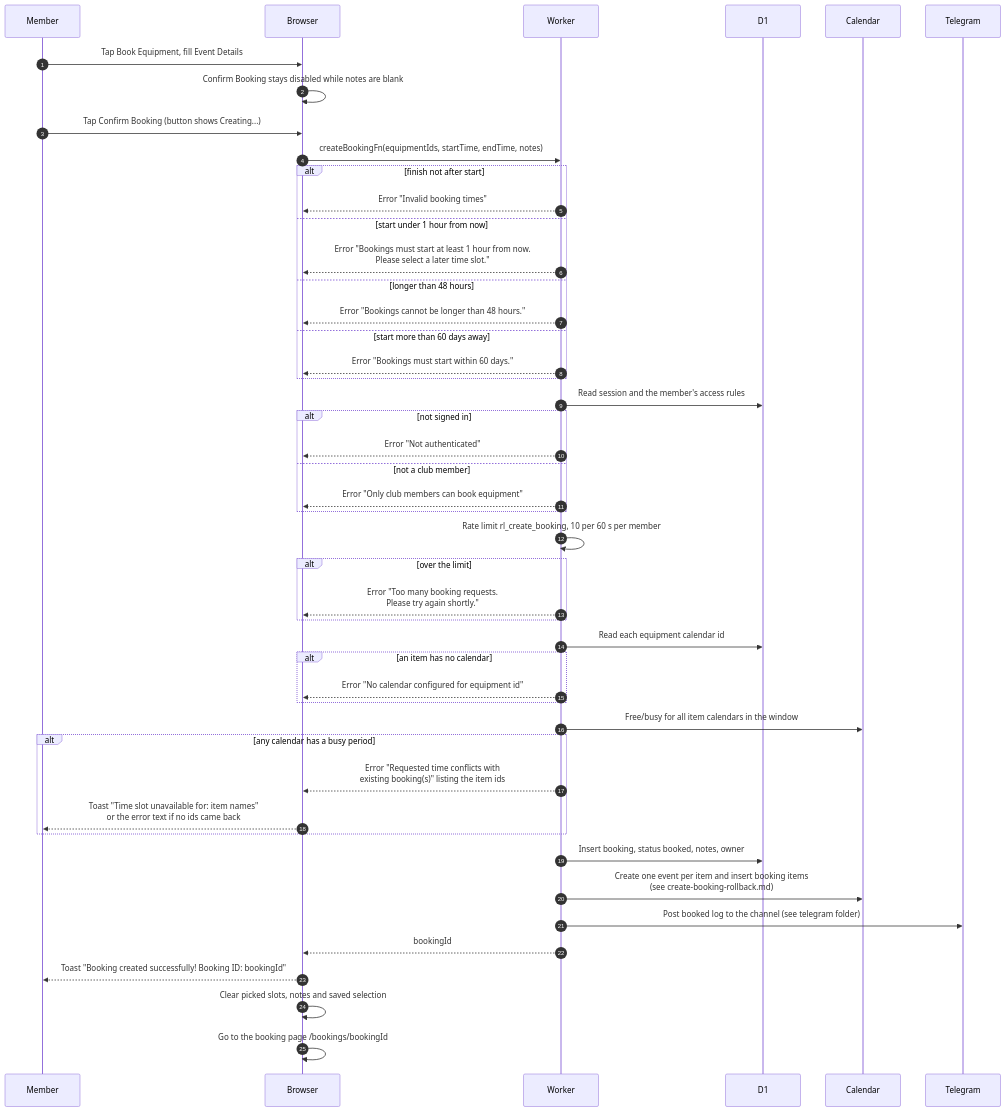
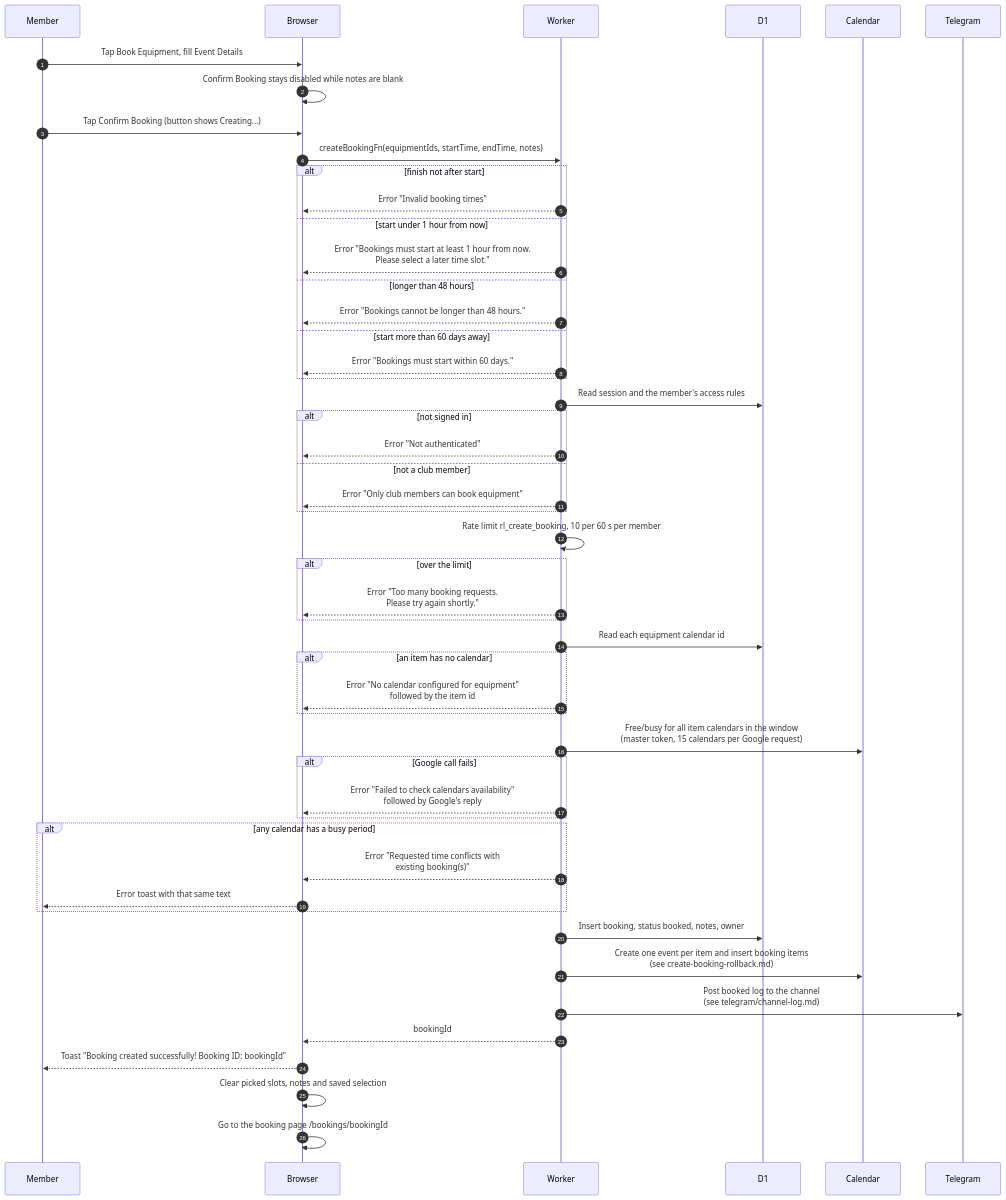
The diagram in docs/scenarios/bookings/create-booking.md (sagyzdop/meriksirat), drawn with Mermaid before and after one commit. The commit also changed other lines of this file and 17 other files, not shown here.

Commit message:
docs(scenarios): verify bookings diagrams against the code

````diff
--- a/docs/scenarios/bookings/create-booking.md
+++ b/docs/scenarios/bookings/create-booking.md
@@ -31,49 +37,52 @@
 ```mermaid
 sequenceDiagram
     autonumber
     participant M as Member
     participant B as Browser
     participant W as Worker
     participant D as D1
     participant C as Calendar
     participant T as Telegram
     M->>B: Tap Book Equipment, fill Event Details
     B->>B: Confirm Booking stays disabled while notes are blank
     M->>B: Tap Confirm Booking (button shows Creating...)
     B->>W: createBookingFn(equipmentIds, startTime, endTime, notes)
     alt finish not after start
         W-->>B: Error "Invalid booking times"
     else start under 1 hour from now
         W-->>B: Error "Bookings must start at least 1 hour from now.<br/>Please select a later time slot."
     else longer than 48 hours
         W-->>B: Error "Bookings cannot be longer than 48 hours."
     else start more than 60 days away
         W-->>B: Error "Bookings must start within 60 days."
     end
     W->>D: Read session and the member's access rules
     alt not signed in
         W-->>B: Error "Not authenticated"
     else not a club member
         W-->>B: Error "Only club members can book equipment"
     end
     W->>W: Rate limit rl_create_booking, 10 per 60 s per member
     alt over the limit
         W-->>B: Error "Too many booking requests.<br/>Please try again shortly."
     end
     W->>D: Read each equipment calendar id
     alt an item has no calendar
-        W-->>B: Error "No calendar configured for equipment id"
+        W-->>B: Error "No calendar configured for equipment"<br/>followed by the item id
     end
-    W->>C: Free/busy for all item calendars in the window
+    W->>C: Free/busy for all item calendars in the window<br/>(master token, 15 calendars per Google request)
+    alt Google call fails
+        W-->>B: Error "Failed to check calendars availability"<br/>followed by Google's reply
+    end
     alt any calendar has a busy period
-        W-->>B: Error "Requested time conflicts with<br/>existing booking(s)" listing the item ids
-        B-->>M: Toast "Time slot unavailable for: item names"<br/>or the error text if no ids came back
+        W-->>B: Error "Requested time conflicts with<br/>existing booking(s)"
+        B-->>M: Error toast with that same text
     end
     W->>D: Insert booking, status booked, notes, owner
     W->>C: Create one event per item and insert booking items<br/>(see create-booking-rollback.md)
-    W->>T: Post booked log to the channel (see telegram folder)
+    W->>T: Post booked log to the channel<br/>(see telegram/channel-log.md)
     W-->>B: bookingId
     B-->>M: Toast "Booking created successfully! Booking ID: bookingId"
     B->>B: Clear picked slots, notes and saved selection
     B->>B: Go to the booking page /bookings/bookingId
 ```
````
